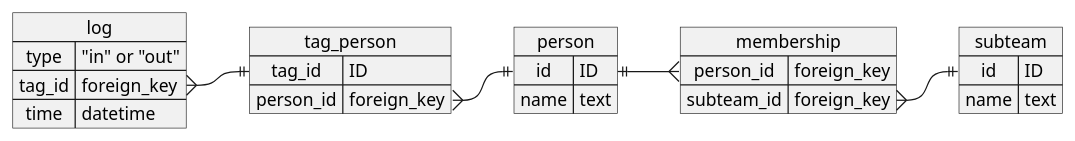
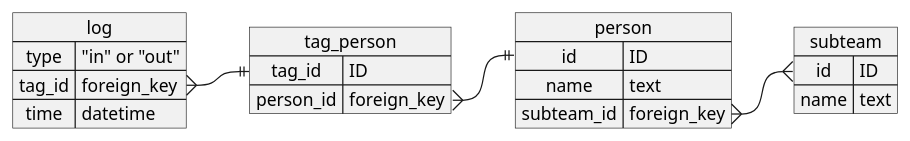
The diagram in schema.puml (jarkad/roboteam-door-tracker), drawn with PlantUML before and after one commit.

Commit message:
schema: encode many-to-many relationship directly, not through an extra table

```diff
--- a/schema.puml
+++ b/schema.puml
@@ -1,36 +1,30 @@
 @startuml
 
 map log {
 	type => "in" or "out"
 	tag_id => foreign_key
 	time => datetime
 }
 
 map tag_person {
 	tag_id => ID
 	person_id => foreign_key
 }
 
 map person {
 	id => ID
 	name => text
-}
-
-map membership {
-	person_id => foreign_key
 	subteam_id => foreign_key
 }
 
 map subteam {
 	id => ID
 	name => text
 }
 
 log::tag_id           }-|| tag_person::tag_id
 tag_person::person_id }-|| person::id
 
-person::id ||-{ membership::person_id
-
-membership::subteam_id }-|| subteam::id
+person::subteam_id }-{ subteam::id
 
 @enduml
```
